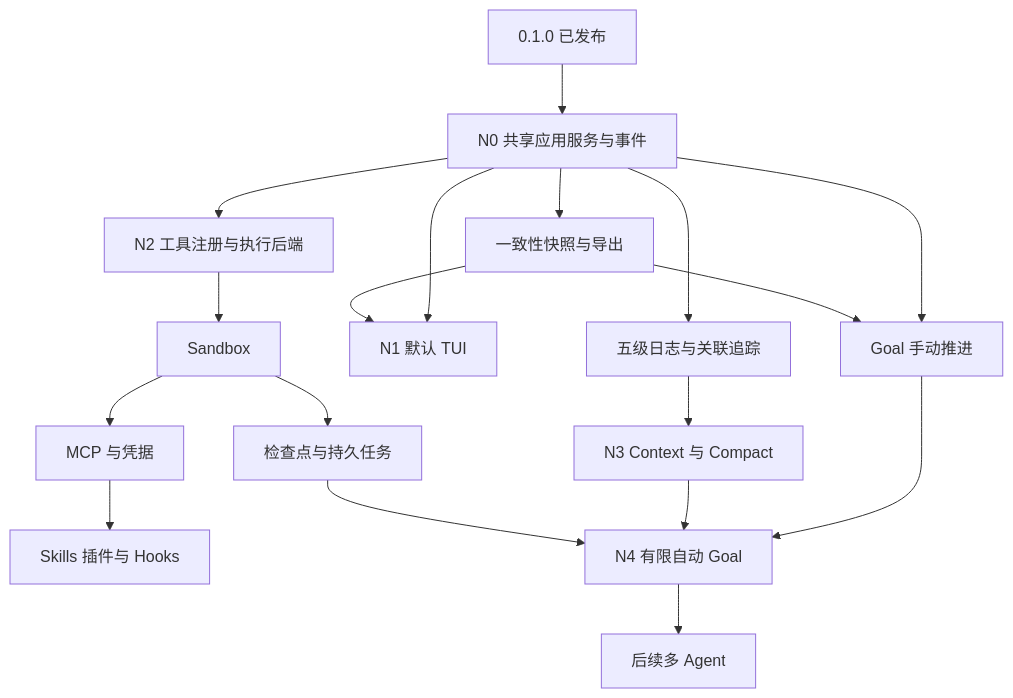
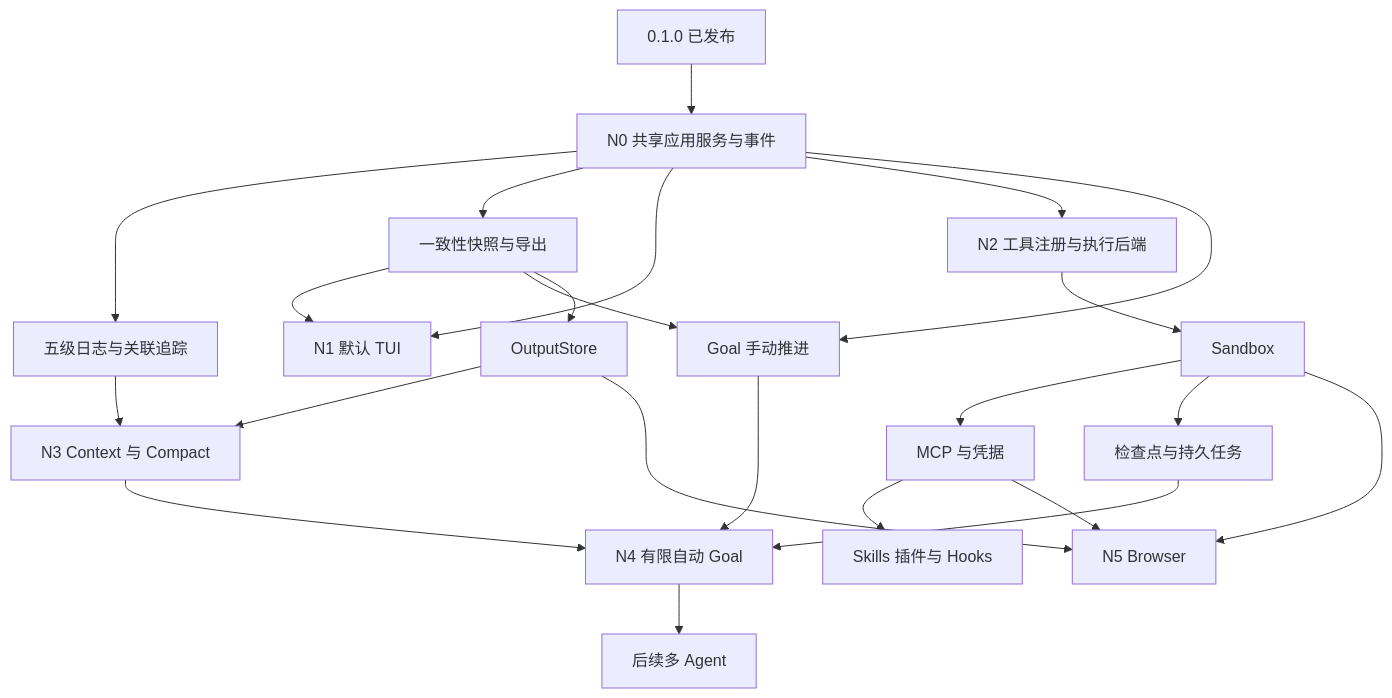
Before and after one commit to Ariakage/saya-harness: the diagram in docs/post-mvp-plan.md, drawn with Mermaid. The commit also changed other lines of this file and 17 other files, not shown here.

````diff
--- a/docs/post-mvp-plan.md
+++ b/docs/post-mvp-plan.md
@@ -32,20 +37,25 @@
 ```mermaid
 flowchart TD
     V[0.1.0 已发布] --> APP[N0 共享应用服务与事件]
     APP --> OBS[五级日志与关联追踪]
     APP --> EXP[一致性快照与导出]
     APP --> TUI[N1 默认 TUI]
     EXP --> TUI
     APP --> REG[N2 工具注册与执行后端]
     REG --> BOX[Sandbox]
     BOX --> MCP[MCP 与凭据]
     OBS --> CTX[N3 Context 与 Compact]
     MCP --> EXT[Skills 插件与 Hooks]
     BOX --> CHECK[检查点与持久任务]
     APP --> GM[Goal 手动推进]
     EXP --> GM
     GM --> GA[N4 有限自动 Goal]
     CTX --> GA
     CHECK --> GA
     GA --> MULTI[后续多 Agent]
+    BOX --> BR[N5 Browser]
+    MCP --> BR
+    EXP --> OUT[OutputStore]
+    OUT --> CTX
+    OUT --> BR
 ```
````
